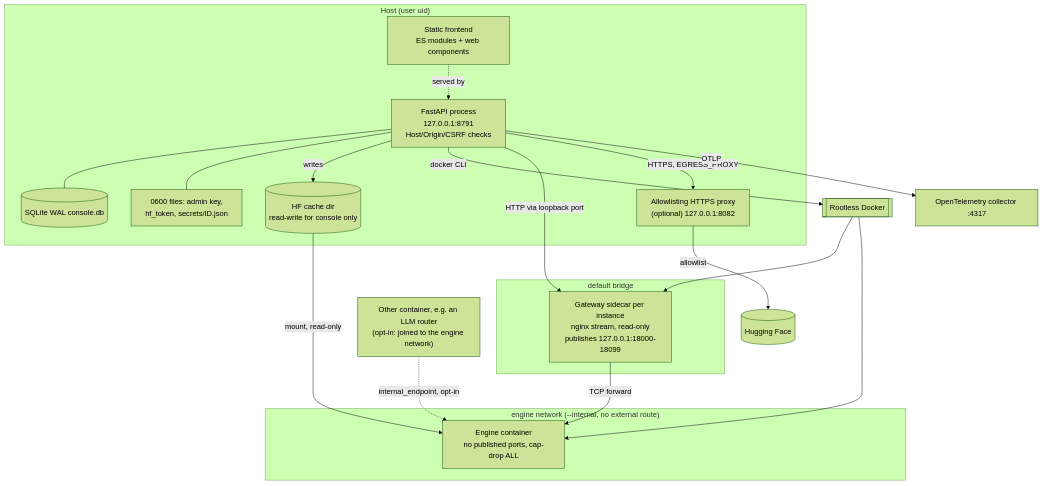
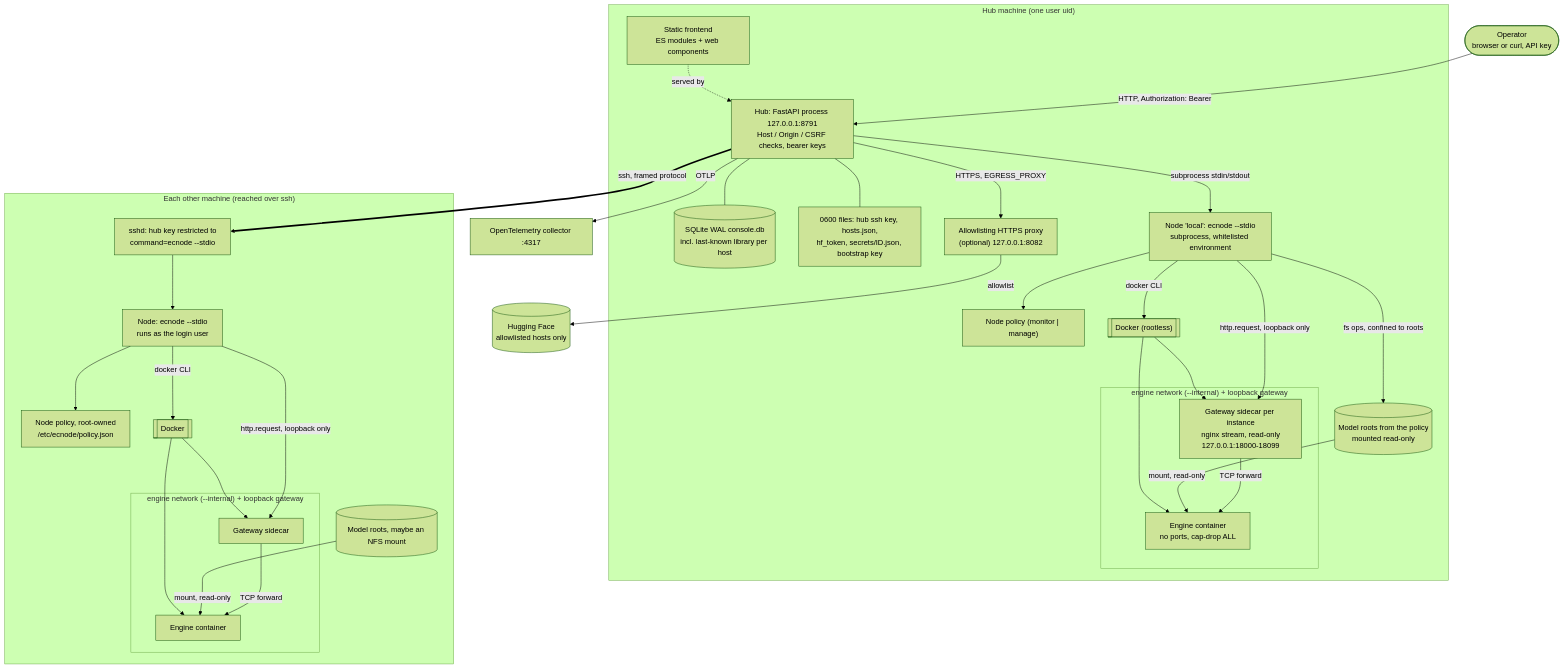
Before and after one commit to willboyden/engine-console: the diagram in docs/diagrams/c4-container.md, drawn with Mermaid (forest theme). The commit also changed other lines of this file and 18 other files, not shown here.

````diff
--- a/docs/diagrams/c4-container.md
+++ b/docs/diagrams/c4-container.md
@@ -3,34 +7,56 @@
 ```mermaid
 flowchart TB
-  subgraph host["Host (user uid)"]
+  op(["Operator<br/>browser or curl, API key"])
+  hf[("Hugging Face<br/>allowlisted hosts only")]
+  otel["OpenTelemetry collector :4317"]
+  subgraph hubm["Hub machine (one user uid)"]
     fe["Static frontend<br/>ES modules + web components"]
-    api["FastAPI process<br/>127.0.0.1:8791<br/>Host/Origin/CSRF checks"]
-    db[("SQLite WAL console.db")]
-    sec["0600 files: admin key,<br/>hf_token, secrets/ID.json"]
-    cache[("HF cache dir<br/>read-write for console only")]
+    api["Hub: FastAPI process 127.0.0.1:8791<br/>Host / Origin / CSRF checks, bearer keys"]
+    db[("SQLite WAL console.db<br/>incl. last-known library per host")]
+    sec["0600 files: hub ssh key, hosts.json,<br/>hf_token, secrets/ID.json, bootstrap key"]
     proxy["Allowlisting HTTPS proxy<br/>(optional) 127.0.0.1:8082"]
+    lnode["Node 'local': ecnode --stdio<br/>subprocess, whitelisted environment"]
+    lpol["Node policy (monitor | manage)"]
+    ldock[["Docker (rootless)"]]
+    subgraph lnet["engine network (--internal) + loopback gateway"]
+      lgw["Gateway sidecar per instance<br/>nginx stream, read-only<br/>127.0.0.1:18000-18099"]
+      leng["Engine container<br/>no ports, cap-drop ALL"]
+    end
+    lroots[("Model roots from the policy<br/>mounted read-only")]
   end
-  dk[["Rootless Docker"]]
-  subgraph bridge["default bridge"]
-    gw["Gateway sidecar per instance<br/>nginx stream, read-only<br/>publishes 127.0.0.1:18000-18099"]
+  subgraph remote["Each other machine (reached over ssh)"]
+    sshd["sshd: hub key restricted to<br/>command=ecnode --stdio"]
+    rnode["Node: ecnode --stdio<br/>runs as the login user"]
+    rpol["Node policy, root-owned<br/>/etc/ecnode/policy.json"]
+    rdock[["Docker"]]
+    subgraph rnet["engine network (--internal) + loopback gateway"]
+      rgw["Gateway sidecar"]
+      reng["Engine container"]
+    end
+    rroots[("Model roots, maybe an NFS mount")]
   end
-  subgraph internal["engine network (--internal, no external route)"]
-    eng["Engine container<br/>no published ports, cap-drop ALL"]
-  end
-  router["Other container, e.g. an LLM router<br/>(opt-in: joined to the engine network)"]
-  hf[("Hugging Face")]
-  otel["OpenTelemetry collector :4317"]
   fe -. "served by" .-> api
+  op -->|"HTTP, Authorization: Bearer"| api
   api --- db
   api --- sec
-  api -->|writes| cache
-  cache -->|"mount, read-only"| eng
-  api -->|docker CLI| dk
-  dk --> gw
-  dk --> eng
-  api -->|"HTTP via loopback port"| gw
-  gw -->|"TCP forward"| eng
+  api -->|"subprocess stdin/stdout"| lnode
+  lnode --> lpol
+  lnode -->|docker CLI| ldock
+  ldock --> lgw
+  ldock --> leng
+  lroots -->|"mount, read-only"| leng
+  lnode -->|"fs ops, confined to roots"| lroots
+  lnode -->|"http.request, loopback only"| lgw
+  lgw -->|"TCP forward"| leng
+  api ==>|"ssh, framed protocol"| sshd
+  sshd --> rnode
+  rnode --> rpol
+  rnode -->|docker CLI| rdock
+  rdock --> rgw
+  rdock --> reng
+  rroots -->|"mount, read-only"| reng
+  rnode -->|"http.request, loopback only"| rgw
+  rgw -->|"TCP forward"| reng
   api -->|"HTTPS, EGRESS_PROXY"| proxy -->|allowlist| hf
   api -->|OTLP| otel
-  router -. "internal_endpoint, opt-in" .-> eng
 ```
````
